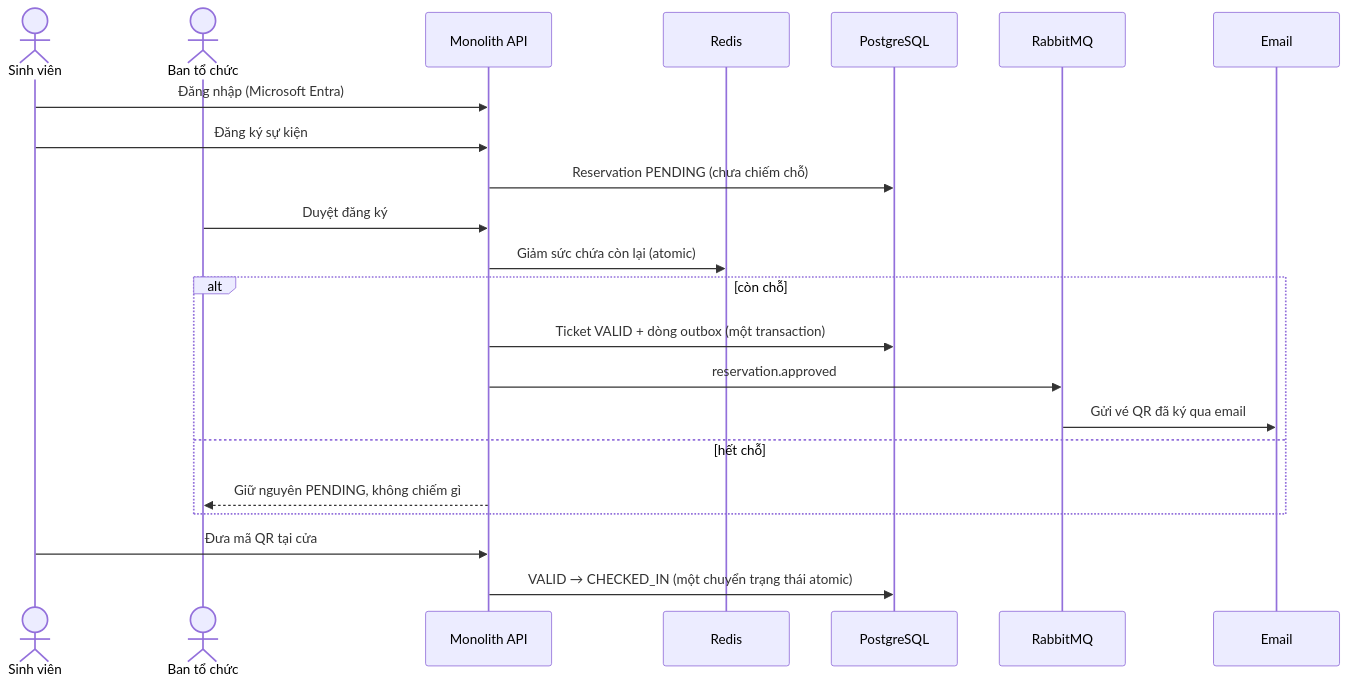
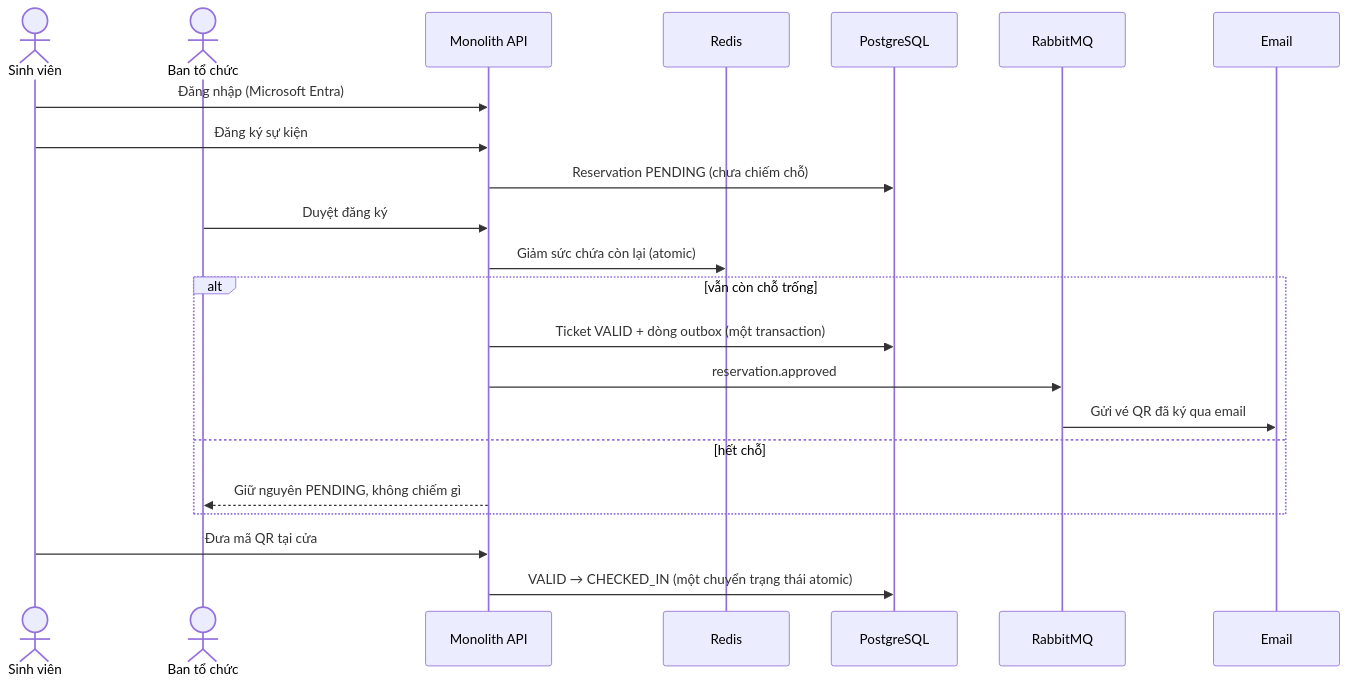
One commit to trhlow/TVU-Event-Ticket changed the first of 3 diagrams in README.vi.md. Above: the diagram before and after it, drawn with Mermaid.

First paragraph of the commit message:
docs: fix the one mermaid block that would not render
Every mermaid block in the three documents was rendered through Kroki, because
none of them had ever been rendered at all -- they were written straight into
markdown and committed on the assumption that the syntax was fine.

````diff
--- a/README.vi.md
+++ b/README.vi.md
@@ -36,25 +36,25 @@
 ```mermaid
 sequenceDiagram
     actor S as Sinh viên
     actor O as Ban tổ chức
     participant API as Monolith API
     participant R as Redis
     participant DB as PostgreSQL
     participant MQ as RabbitMQ
     participant M as Email
 
     S->>API: Đăng nhập (Microsoft Entra)
     S->>API: Đăng ký sự kiện
     API->>DB: Reservation PENDING (chưa chiếm chỗ)
     O->>API: Duyệt đăng ký
     API->>R: Giảm sức chứa còn lại (atomic)
-    alt còn chỗ
+    alt vẫn còn chỗ trống
         API->>DB: Ticket VALID + dòng outbox (một transaction)
         API->>MQ: reservation.approved
         MQ->>M: Gửi vé QR đã ký qua email
     else hết chỗ
         API-->>O: Giữ nguyên PENDING, không chiếm gì
     end
     S->>API: Đưa mã QR tại cửa
     API->>DB: VALID → CHECKED_IN (một chuyển trạng thái atomic)
 ```
````
